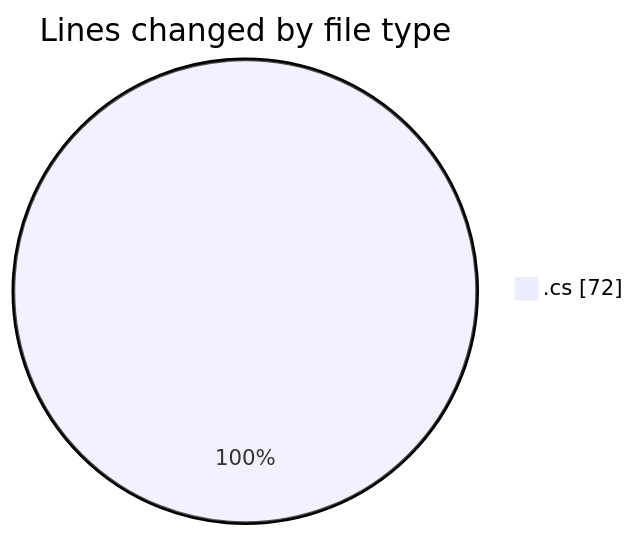
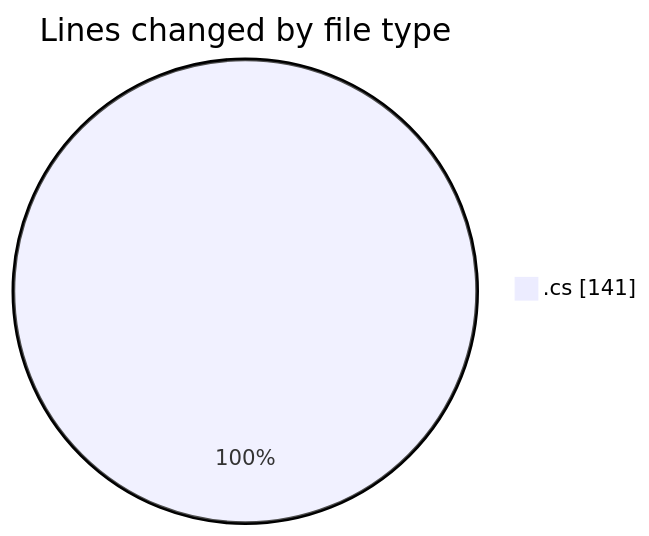
The first of 2 diagrams in 2025-07-22/cnpm/README.md (lephambinh05/code-tracking), drawn with Mermaid before and after one commit. The commit also changed other lines of this file and 1 other file, not shown here.

````diff
--- a/2025-07-22/cnpm/README.md
+++ b/2025-07-22/cnpm/README.md
@@ -22,5 +23,5 @@
 ```mermaid
 pie showData
 title Lines changed by file type
-".cs" : 72
+".cs" : 141
 ```
````
